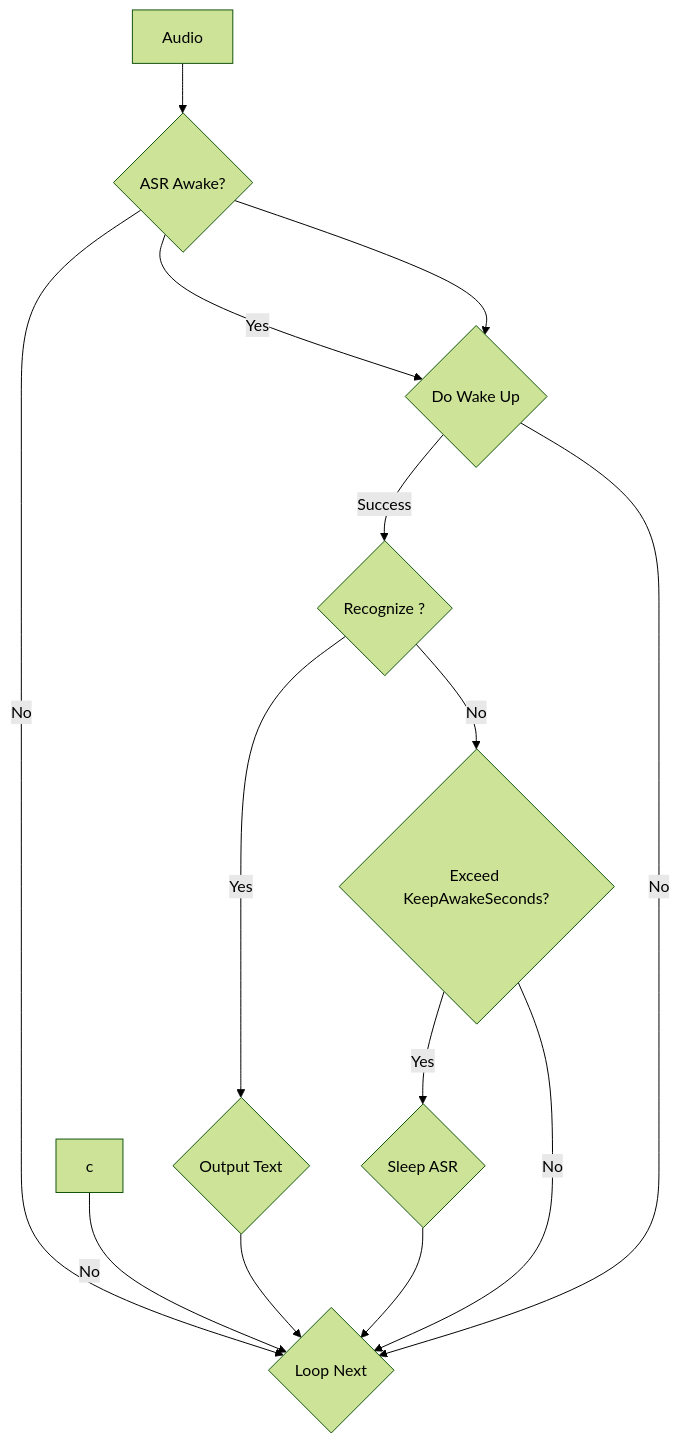
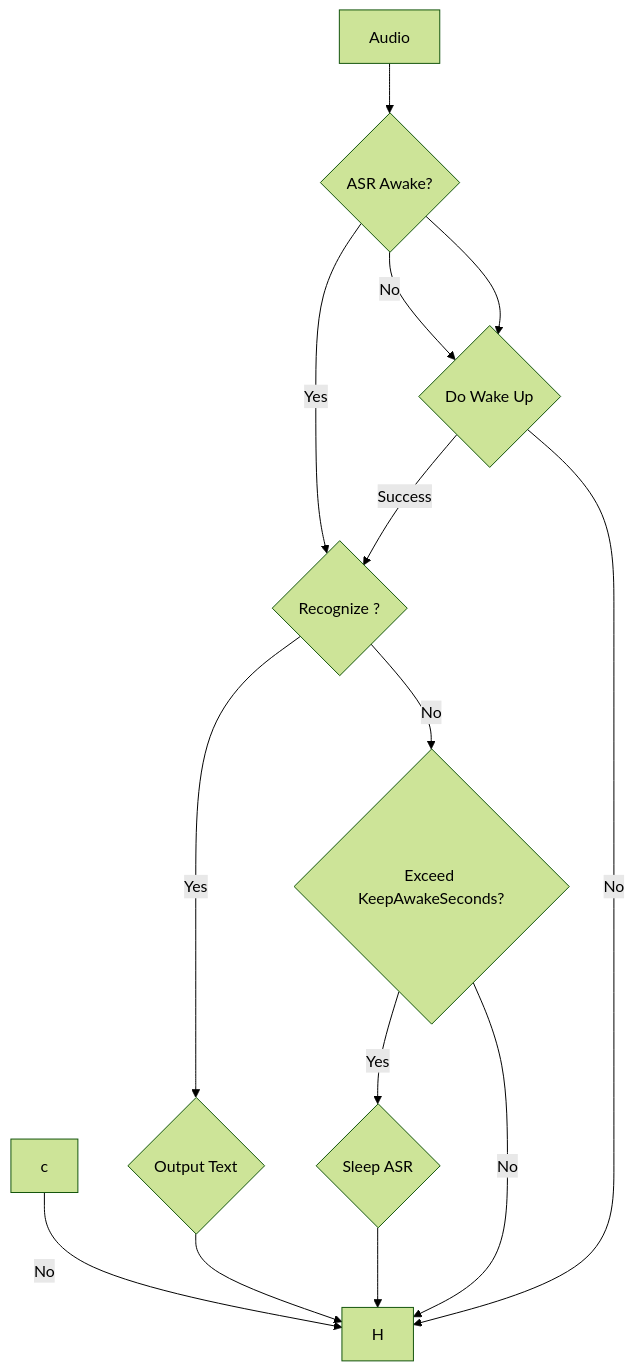
Before and after one commit to endink/Mediapipe4u-plugin: the diagram in docs/speech/wakeup.md, drawn with Mermaid (forest theme).

````diff
--- a/docs/speech/wakeup.md
+++ b/docs/speech/wakeup.md
@@ -63,21 +63,21 @@
 ``` mermaid
 graph TD
   A[Audio] --> B{ASR Awake?};
-  B --> |Yes| C{ASR};
-  B --> |No| H{Loop Next}
+  B --> |Yes| D{Recognize ?};
+  B --> |No| C{Loop Next}
   B --> C{Do Wake Up};
-  C --> |Success| D{Recognize ?}
+  C --> |Success| D
   c --> |No| H
 
   D -->|Yes| E{Output Text};
   E --> H
  
   D -->|No| F{Exceed KeepAwakeSeconds?};
 
   F --> |Yes| G{Sleep ASR}
   G --> H
   F --> |No| H
   
   C ---->|No| H;
   
 ```
````
